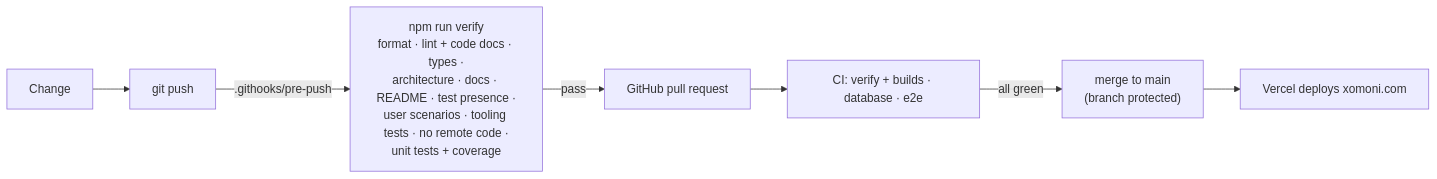
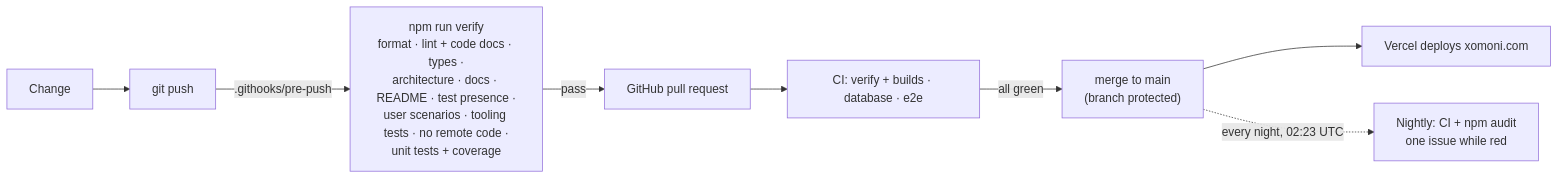
Before and after one commit to pirdehi/xomoni: the fifth of 5 diagrams in docs/ARCHITECTURE.md, drawn with Mermaid. The commit also changed other lines of this file and 18 other files, not shown here.

````diff
--- a/docs/ARCHITECTURE.md
+++ b/docs/ARCHITECTURE.md
@@ -308,9 +308,10 @@
 ```mermaid
 flowchart LR
   edit["Change"] --> push["git push"]
   push -- ".githooks/pre-push" --> verify["npm run verify<br/>format · lint + code docs · types ·<br/>architecture · docs · README · test presence ·<br/>user scenarios · tooling tests · no remote code ·<br/>unit tests + coverage"]
   verify -- pass --> gh["GitHub pull request"]
   gh --> ci["CI: verify + builds · database · e2e"]
   ci -- "all green" --> main["merge to main<br/>(branch protected)"]
   main --> vercel["Vercel deploys xomoni.com"]
+  main -. "every night, 02:23 UTC" .-> nightly["Nightly: CI + npm audit<br/>one issue while red"]
 ```
````
